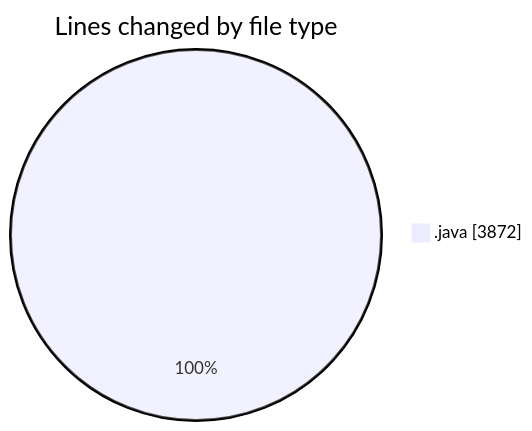
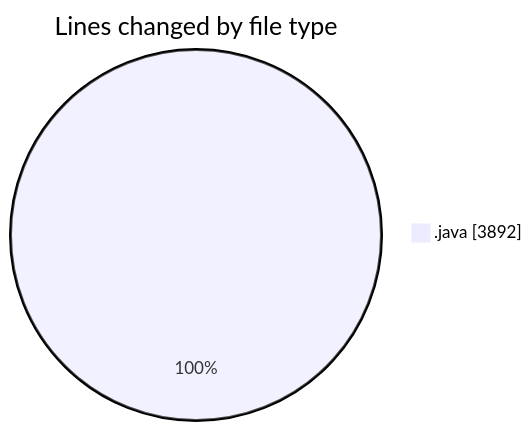
One commit to ricardozamudiocil/code-tracking changed the first of 2 diagrams in 2026-09-01/cilapp/README.md. Above: the diagram before and after it, drawn with Mermaid. The commit also changed other lines of this file and 1 other file, not shown here.

````diff
--- a/2026-09-01/cilapp/README.md
+++ b/2026-09-01/cilapp/README.md
@@ -23,5 +23,5 @@
 ```mermaid
 pie showData
 title Lines changed by file type
-".java" : 3872
+".java" : 3892
 ```
````
